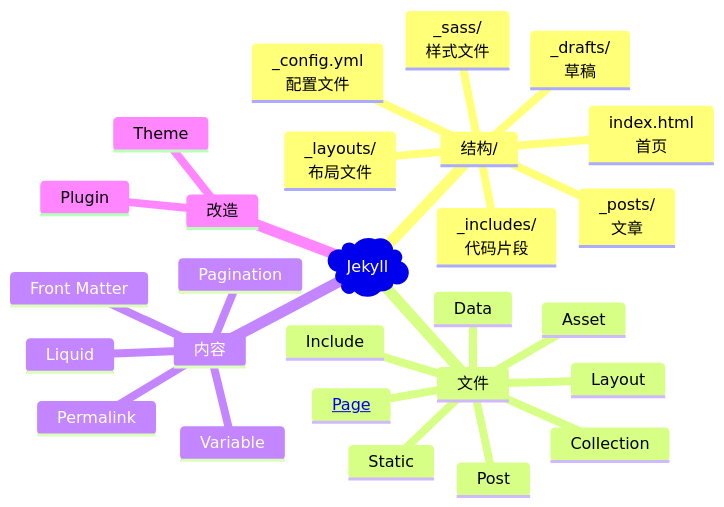
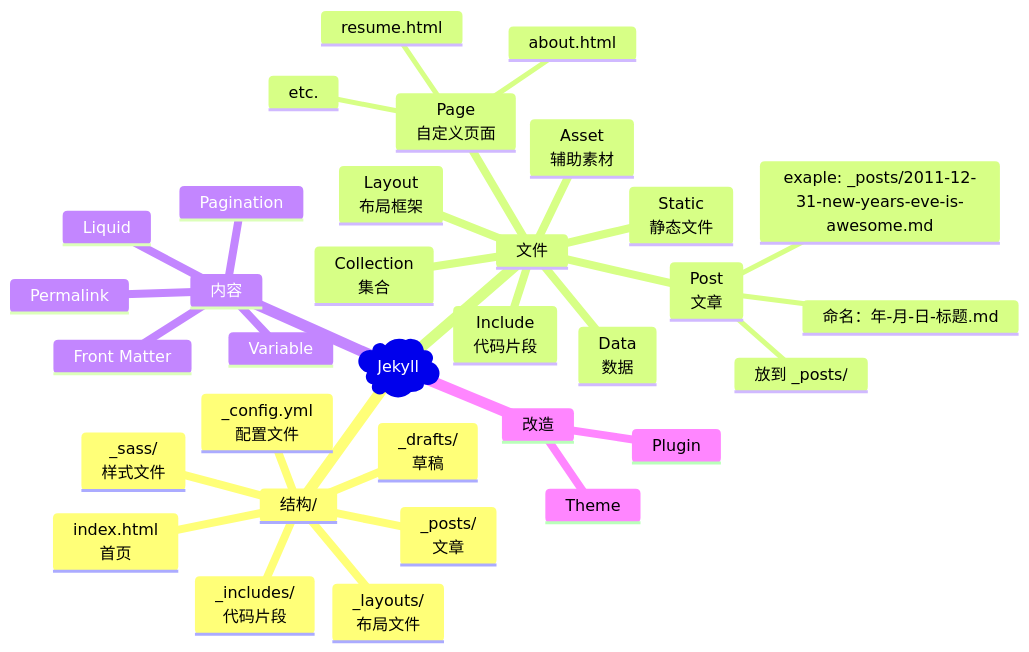
Before and after one commit to nanhualyq/nanhualyq.github.io: the diagram in _posts/2024-01-19-jekyll.md, drawn with Mermaid. The commit also changed other lines of this file, not shown here.

Commit message:
update jekyll

```diff
--- a/_posts/2024-01-19-jekyll.md
+++ b/_posts/2024-01-19-jekyll.md
@@ -17,30 +17,36 @@
 <pre class="mermaid">
 mindmap
 	Root)Jekyll(
 		结构/
 			index.html <br> 首页
 			_config.yml <br> 配置文件
 			_posts/ <br> 文章
 			_drafts/ <br> 草稿
 			_includes/ <br> 代码片段
 			_layouts/ <br> 布局文件
 			_sass/ <br> 样式文件
 		文件
-			<a href="#Page">Page</a>
-			Post
-			Collection
-			Data
-			Asset
-			Static
-			Include
-			Layout
+			Page <br> 自定义页面
+				about.html
+				resume.html
+				etc.
+			Post <br> 文章
+				放到 _posts/
+				命名：年-月-日-标题.md
+				exaple: _posts/2011-12-31-new-years-eve-is-awesome.md
+			Collection <br> 集合
+			Data <br> 数据
+			Asset <br> 辅助素材
+			Static <br> 静态文件
+			Include <br> 代码片段
+			Layout <br> 布局框架
 		内容
 			Front Matter
 			Liquid
 			Variable
 			Permalink
 			Pagination
 		改造
 			Theme
 			Plugin
 </pre>
```
